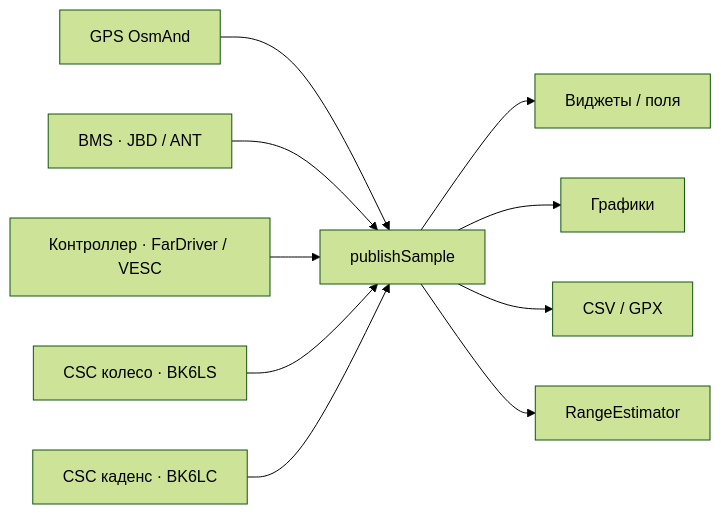
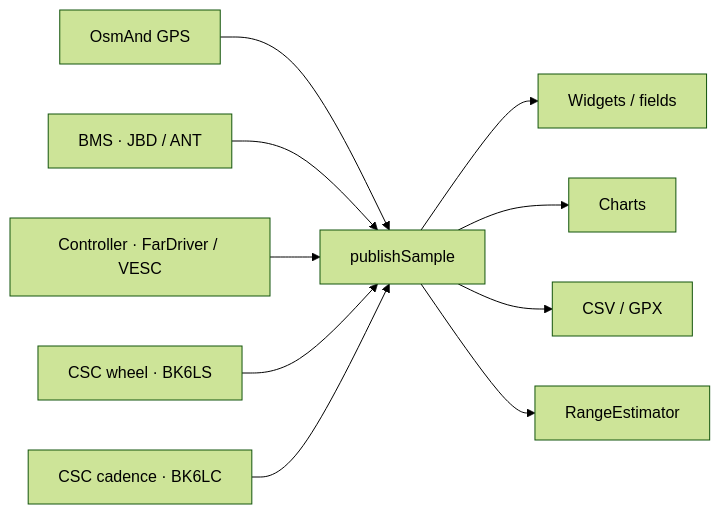
The diagram in EV-Telemetry.md (livello/OsmAnd), drawn with Mermaid (forest theme) before and after one commit. The commit also changed other lines of this file and 2 other files, not shown here.

````diff
--- a/EV-Telemetry.md
+++ b/EV-Telemetry.md
@@ -16,12 +16,12 @@
 ```mermaid
 flowchart LR
-  GPS[GPS OsmAnd] --> P[publishSample]
+  GPS[OsmAnd GPS] --> P[publishSample]
   BMS[BMS · JBD / ANT] --> P
-  CTRL[Контроллер · FarDriver / VESC] --> P
-  WHEEL[CSC колесо · BK6LS] --> P
-  CAD[CSC каденс · BK6LC] --> P
-  P --> UI[Виджеты / поля]
-  P --> CH[Графики]
+  CTRL[Controller · FarDriver / VESC] --> P
+  WHEEL[CSC wheel · BK6LS] --> P
+  CAD[CSC cadence · BK6LC] --> P
+  P --> UI[Widgets / fields]
+  P --> CH[Charts]
   P --> CSV[CSV / GPX]
   P --> RE[RangeEstimator]
 ```
````
